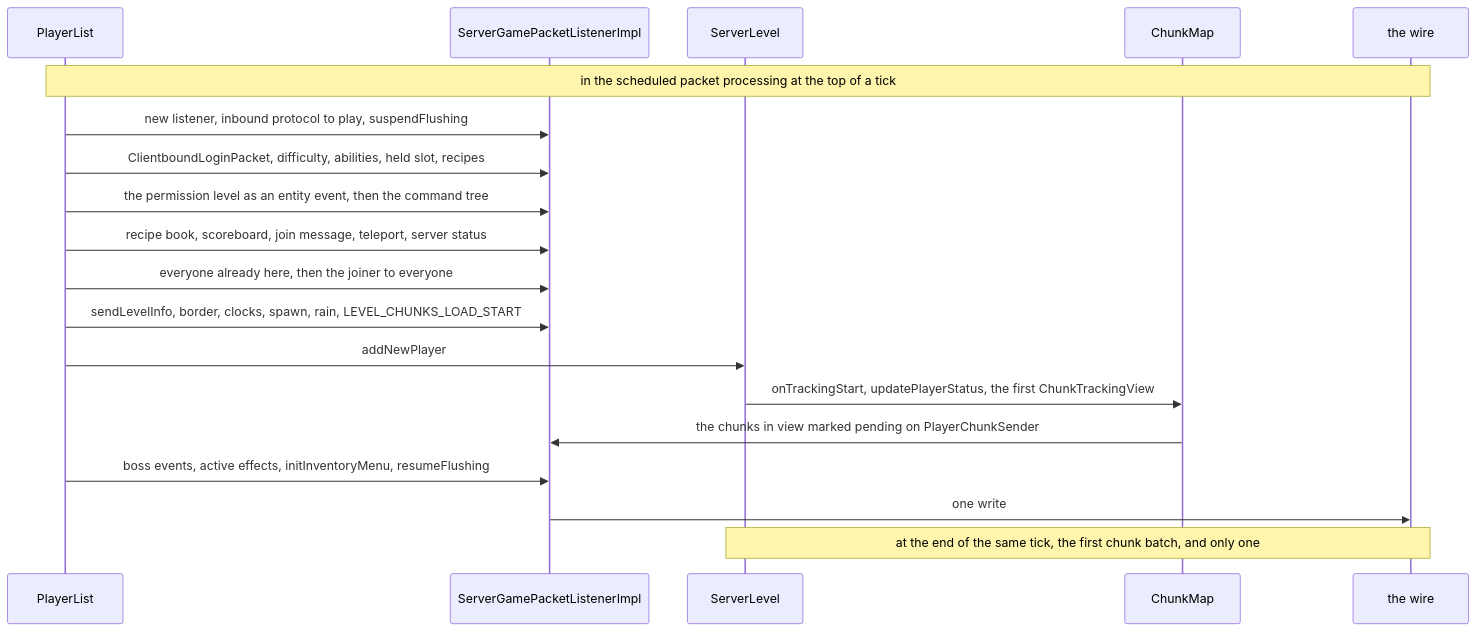
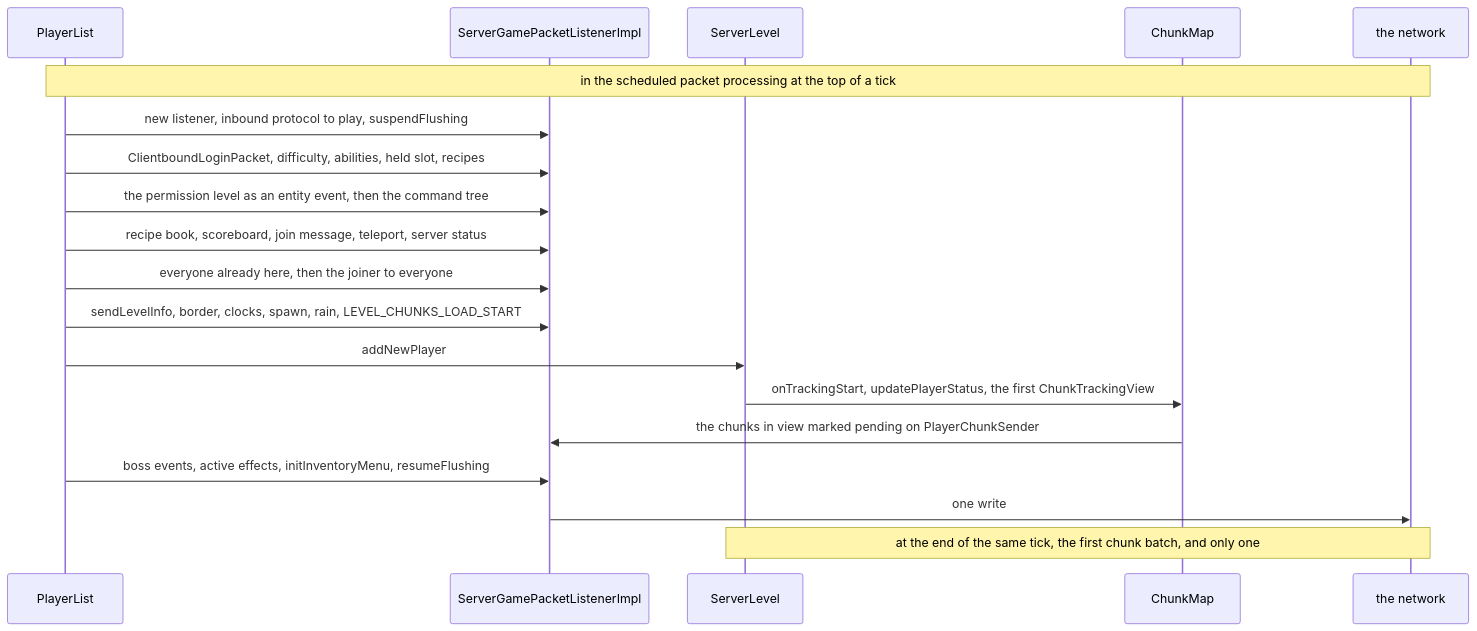
The second of 2 diagrams in src/systems/server/players-and-sessions.md (AlexanderjFraser/MinecraftDocs), drawn with Mermaid before and after one commit. The commit also changed 20 other files, not shown here.

````diff
--- a/src/systems/server/players-and-sessions.md
+++ b/src/systems/server/players-and-sessions.md
@@ -162,22 +162,22 @@
 ```mermaid
 sequenceDiagram
     participant PL as PlayerList
     participant SGPL as ServerGamePacketListenerImpl
     participant SL as ServerLevel
     participant CM as ChunkMap
-    participant Wire as the wire
+    participant Wire as the network
 
     Note over PL,Wire: in the scheduled packet processing at the top of a tick
     PL->>SGPL: new listener, inbound protocol to play, suspendFlushing
     PL->>SGPL: ClientboundLoginPacket, difficulty, abilities, held slot, recipes
     PL->>SGPL: the permission level as an entity event, then the command tree
     PL->>SGPL: recipe book, scoreboard, join message, teleport, server status
     PL->>SGPL: everyone already here, then the joiner to everyone
     PL->>SGPL: sendLevelInfo, border, clocks, spawn, rain, LEVEL_CHUNKS_LOAD_START
     PL->>SL: addNewPlayer
     SL->>CM: onTrackingStart, updatePlayerStatus, the first ChunkTrackingView
     CM->>SGPL: the chunks in view marked pending on PlayerChunkSender
     PL->>SGPL: boss events, active effects, initInventoryMenu, resumeFlushing
     SGPL->>Wire: one write
     Note over SL,Wire: at the end of the same tick, the first chunk batch, and only one
 ```
````
